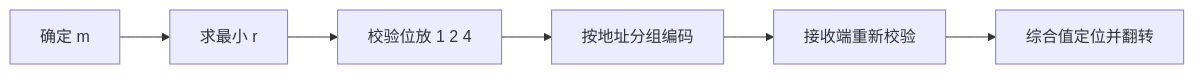
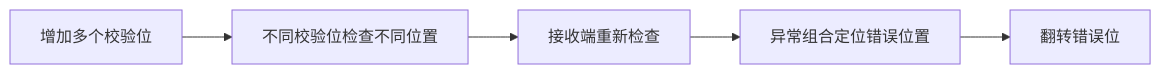
The diagram in 01_综合知识/01_计算机系统基础知识/01_计算机组成与体系结构/05_校验与可靠性/海明码.md (74262195/system-architect-notes), drawn with Mermaid before and after one commit. The commit also changed other lines of this file, not shown here.

````diff
--- a/01_综合知识/01_计算机系统基础知识/01_计算机组成与体系结构/05_校验与可靠性/海明码.md
+++ b/01_综合知识/01_计算机系统基础知识/01_计算机组成与体系结构/05_校验与可靠性/海明码.md
@@ -253,8 +157,7 @@
 ```mermaid
 flowchart LR
-    A[确定 m] --> B[求最小 r]
-    B --> C[校验位放 1 2 4]
-    C --> D[按地址分组编码]
-    D --> E[接收端重新校验]
-    E --> F[综合值定位并翻转]
+    A[增加多个校验位] --> B[不同校验位检查不同位置]
+    B --> C[接收端重新检查]
+    C --> D[异常组合定位错误位置]
+    D --> E[翻转错误位]
 ```
````
